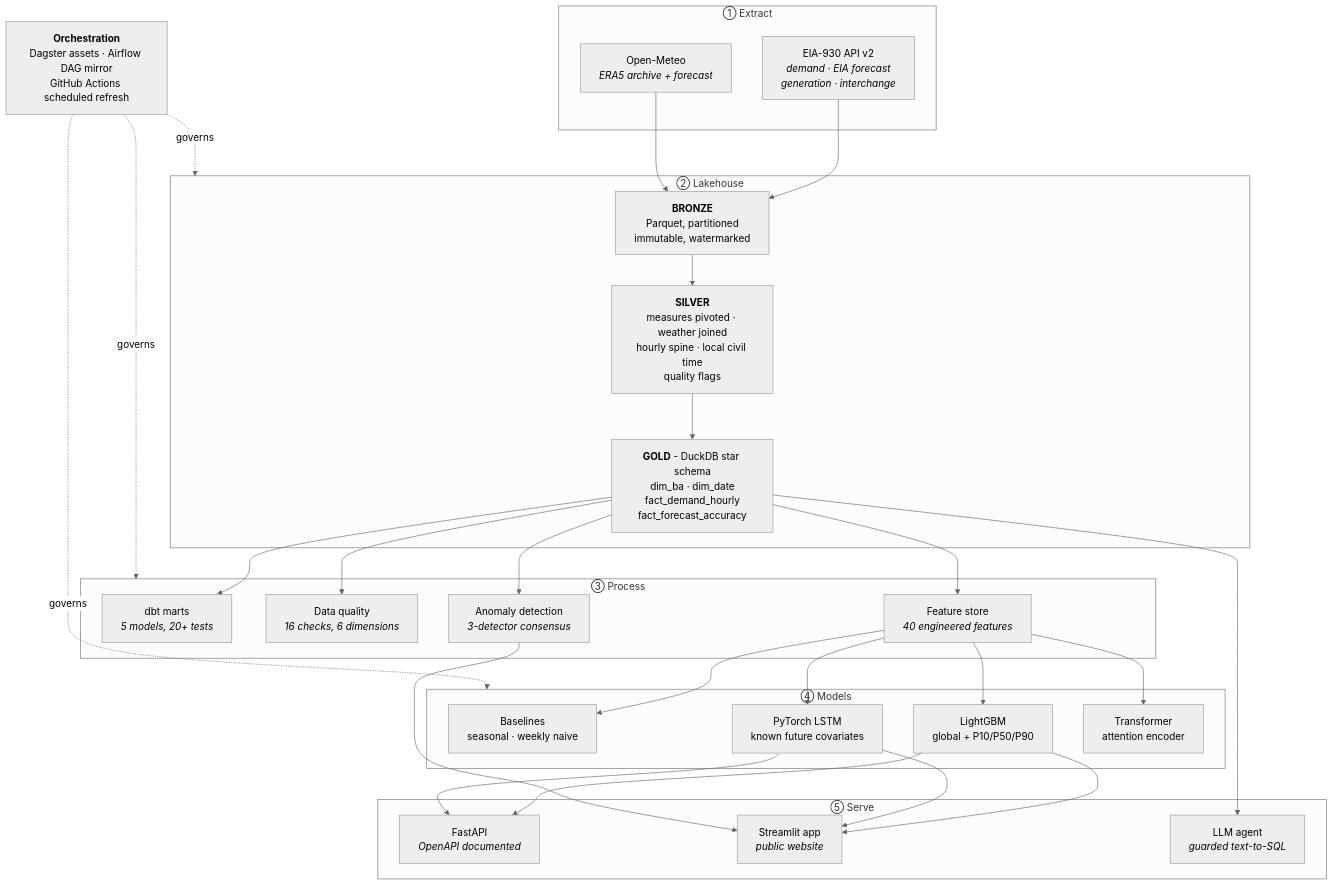
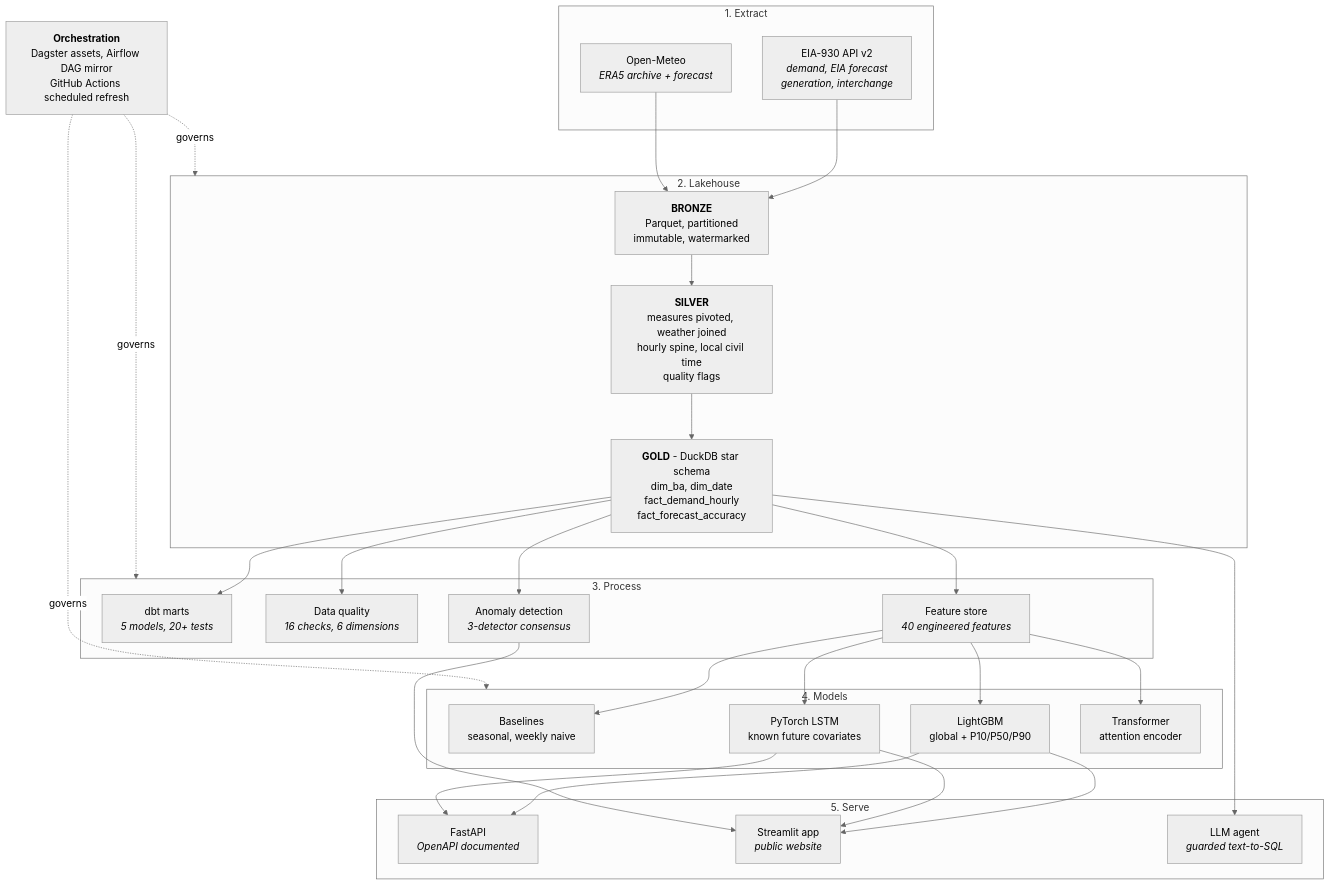
Before and after one commit to adwitiyashukla/gridpulse: the diagram in README.md, drawn with Mermaid (neutral theme). The commit also changed other lines of this file and 80 other files, not shown here.

````diff
--- a/README.md
+++ b/README.md
@@ -151,47 +151,47 @@
 ```mermaid
 flowchart TD
-    subgraph EXTRACT["① Extract"]
-        A1["EIA-930 API v2<br/><i>demand · EIA forecast<br/>generation · interchange</i>"]
+    subgraph EXTRACT["1. Extract"]
+        A1["EIA-930 API v2<br/><i>demand, EIA forecast<br/>generation, interchange</i>"]
         A2["Open-Meteo<br/><i>ERA5 archive + forecast</i>"]
     end
 
-    subgraph LAKE["② Lakehouse"]
+    subgraph LAKE["2. Lakehouse"]
         B1["<b>BRONZE</b><br/>Parquet, partitioned<br/>immutable, watermarked"]
-        B2["<b>SILVER</b><br/>measures pivoted · weather joined<br/>hourly spine · local civil time<br/>quality flags"]
-        B3["<b>GOLD</b> - DuckDB star schema<br/>dim_ba · dim_date<br/>fact_demand_hourly<br/>fact_forecast_accuracy"]
+        B2["<b>SILVER</b><br/>measures pivoted, weather joined<br/>hourly spine, local civil time<br/>quality flags"]
+        B3["<b>GOLD</b> - DuckDB star schema<br/>dim_ba, dim_date<br/>fact_demand_hourly<br/>fact_forecast_accuracy"]
     end
 
-    subgraph PROCESS["③ Process"]
+    subgraph PROCESS["3. Process"]
         C1["dbt marts<br/><i>5 models, 20+ tests</i>"]
         C2["Data quality<br/><i>16 checks, 6 dimensions</i>"]
         C3["Feature store<br/><i>40 engineered features</i>"]
         C4["Anomaly detection<br/><i>3-detector consensus</i>"]
     end
 
-    subgraph ML["④ Models"]
-        D1["Baselines<br/>seasonal · weekly naive"]
+    subgraph ML["4. Models"]
+        D1["Baselines<br/>seasonal, weekly naive"]
         D2["LightGBM<br/>global + P10/P50/P90"]
         D3["PyTorch LSTM<br/>known future covariates"]
         D4["Transformer<br/>attention encoder"]
     end
 
-    subgraph SERVE["⑤ Serve"]
+    subgraph SERVE["5. Serve"]
         E1["FastAPI<br/><i>OpenAPI documented</i>"]
         E2["Streamlit app<br/><i>public website</i>"]
         E3["LLM agent<br/><i>guarded text-to-SQL</i>"]
     end
 
     A1 --> B1
     A2 --> B1
     B1 --> B2 --> B3
     B3 --> C1 & C2 & C3 & C4
     C3 --> D1 & D2 & D3 & D4
     D2 & D3 --> E1 & E2
     B3 --> E3
     C4 --> E2
 
-    ORCH["<b>Orchestration</b><br/>Dagster assets · Airflow DAG mirror<br/>GitHub Actions scheduled refresh"]
+    ORCH["<b>Orchestration</b><br/>Dagster assets, Airflow DAG mirror<br/>GitHub Actions scheduled refresh"]
     ORCH -.governs.-> LAKE
     ORCH -.governs.-> PROCESS
     ORCH -.governs.-> ML
 ```
````
